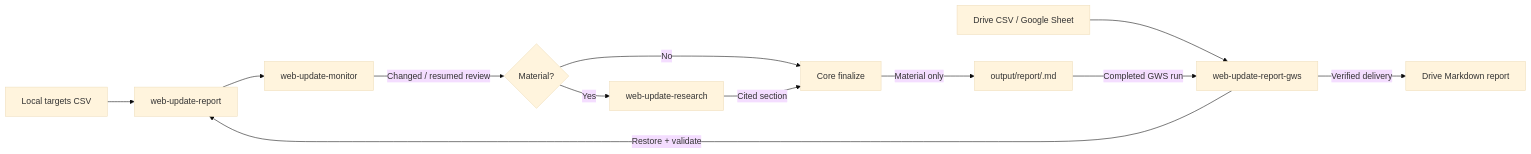
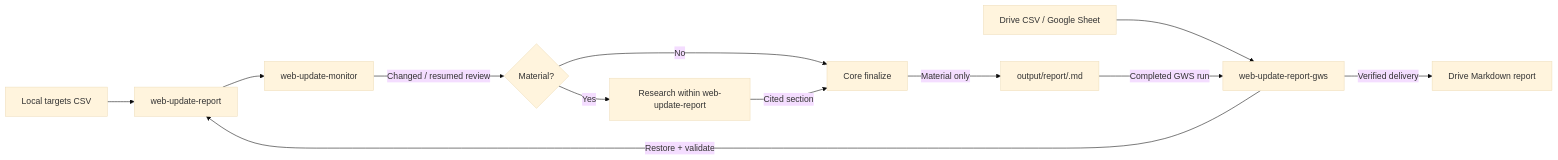
One commit to dceoy/wsum changed the diagram in README.md. Above: the diagram before and after it, drawn with Mermaid (base theme). The commit also changed other lines of this file and 6 other files, not shown here.

Commit message:
refactor(skills): merge research into web-update-report (#75)

````diff
--- a/README.md
+++ b/README.md
@@ -56,14 +56,14 @@
 ```mermaid
 flowchart LR
     CSV["Local targets CSV"] --> LOCAL["web-update-report"]
     GCSV["Drive CSV / Google Sheet"] --> GWS["web-update-report-gws"]
     GWS -->|"Restore + validate"| LOCAL
     LOCAL --> MON["web-update-monitor"]
     MON -->|"Changed / resumed review"| REVIEW{"Material?"}
-    REVIEW -->|Yes| RESEARCH["web-update-research"]
+    REVIEW -->|Yes| RESEARCH["Research within web-update-report"]
     REVIEW -->|No| FINAL["Core finalize"]
     RESEARCH -->|"Cited section"| FINAL
     FINAL -->|"Material only"| MD["output/report/<run-id>.md"]
     MD -->|"Completed GWS run"| GWS
     GWS -->|"Verified delivery"| DRIVE["Drive Markdown report"]
 ```
````
